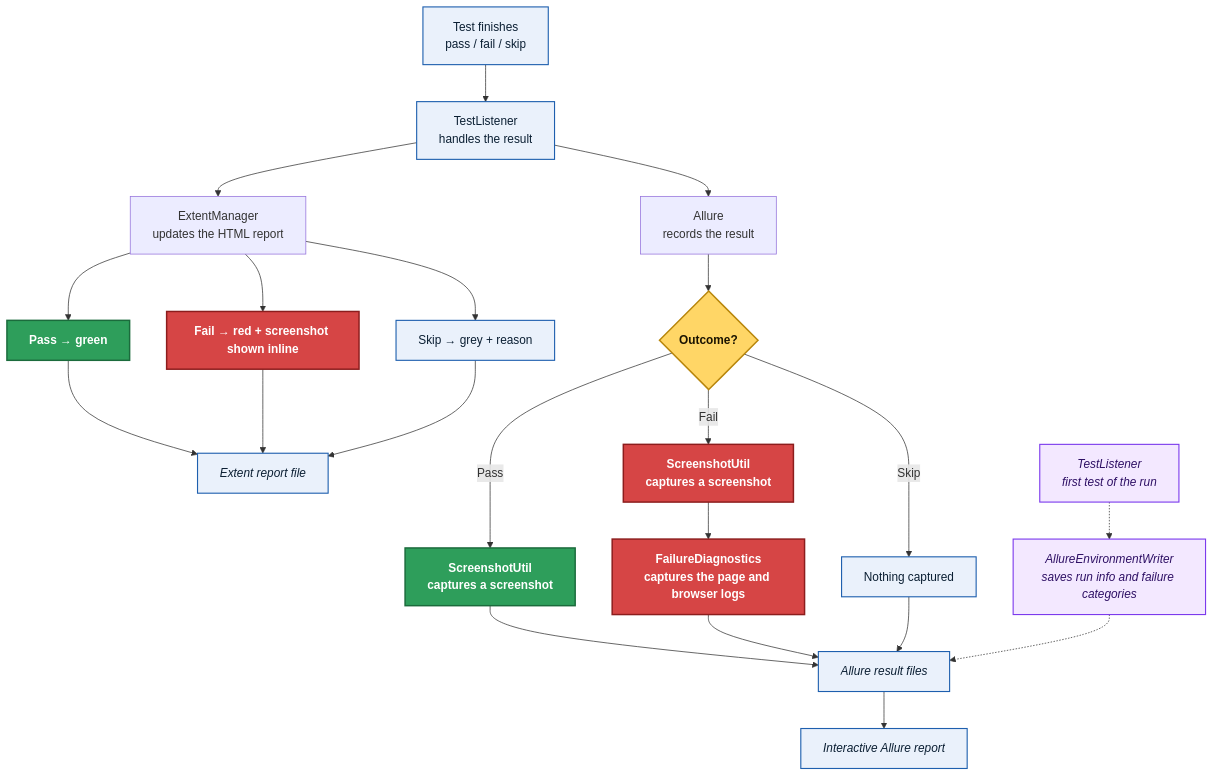
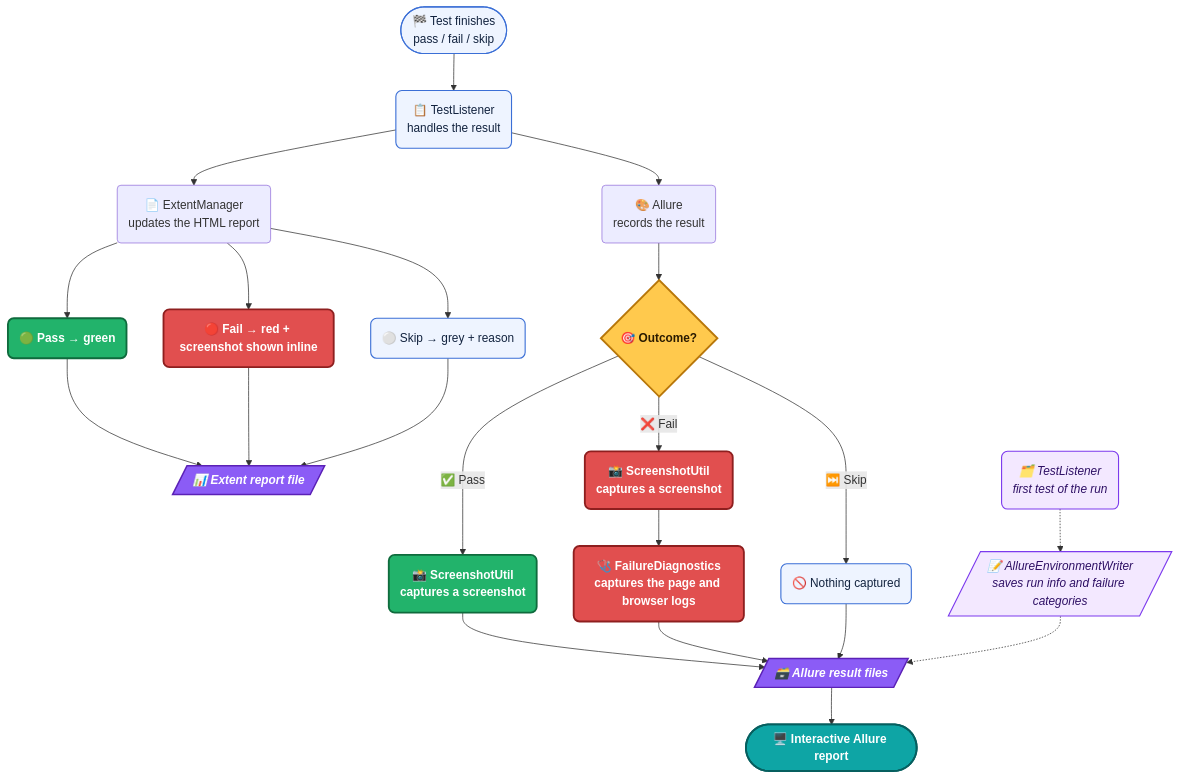
One commit to amitthakor2510-wq/selenium-automation-framework-Advanced changed the second of 2 diagrams in README.md. Above: the diagram before and after it, drawn with Mermaid. The commit also changed other lines of this file and 1 other file, not shown here.

Commit message:
Overhaul README (accurate structure, keyword/data-driven docs, enhanced flowcharts), add missing MIT LICENSE

````diff
--- a/README.md
+++ b/README.md
@@ -591,44 +705,46 @@
 ```mermaid
 flowchart TD
-    A["Test finishes<br/>pass / fail / skip"] --> B["TestListener<br/>handles the result"]
+    A(["🏁 Test finishes<br/>pass / fail / skip"]) --> B("📋 TestListener<br/>handles the result")
 
-    B --> C["ExtentManager<br/>updates the HTML report"]
-    B --> D["Allure<br/>records the result"]
+    B --> C("📄 ExtentManager<br/>updates the HTML report")
+    B --> D("🎨 Allure<br/>records the result")
 
-    C --> C1["Pass → green"]
-    C --> C2["Fail → red + screenshot shown inline"]
-    C --> C3["Skip → grey + reason"]
-    C1 --> EXT["Extent report file"]
+    C --> C1("🟢 Pass → green")
+    C --> C2("🔴 Fail → red + screenshot shown inline")
+    C --> C3("⚪ Skip → grey + reason")
+    C1 --> EXT[/"📊 Extent report file"/]
     C2 --> EXT
     C3 --> EXT
 
-    D --> D1{"Outcome?"}
-    D1 -- "Pass" --> P1["ScreenshotUtil<br/>captures a screenshot"]
-    D1 -- "Fail" --> F1["ScreenshotUtil<br/>captures a screenshot"]
-    F1 --> F2["FailureDiagnostics<br/>captures the page and browser logs"]
-    D1 -- "Skip" --> S1["Nothing captured"]
+    D --> D1{"🎯 Outcome?"}
+    D1 -- "✅ Pass" --> P1("📸 ScreenshotUtil<br/>captures a screenshot")
+    D1 -- "❌ Fail" --> F1("📸 ScreenshotUtil<br/>captures a screenshot")
+    F1 --> F2("🩺 FailureDiagnostics<br/>captures the page and browser logs")
+    D1 -- "⏭️ Skip" --> S1("🚫 Nothing captured")
 
-    P1 --> ALR["Allure result files"]
+    P1 --> ALR[/"🗃️ Allure result files"/]
     F2 --> ALR
     S1 --> ALR
 
-    ONCE["TestListener<br/>first test of the run"] -.-> ENV["AllureEnvironmentWriter<br/>saves run info and failure categories"]
+    ONCE("🗂️ TestListener<br/>first test of the run") -.-> ENV[/"📝 AllureEnvironmentWriter<br/>saves run info and failure categories"/]
     ENV -.-> ALR
 
-    ALR --> UI["Interactive Allure report"]
+    ALR --> UI(["🖥️ Interactive Allure report"])
 
-    classDef step fill:#EAF1FB,stroke:#1E5FAE,stroke-width:1.5px,color:#0B1F33
-    classDef decision fill:#FFD666,stroke:#B8860B,stroke-width:2px,color:#1A1300,font-weight:bold
-    classDef pass fill:#2E9E5B,stroke:#1B6B3C,stroke-width:2px,color:#FFFFFF,font-weight:bold
-    classDef fail fill:#D64545,stroke:#8C1D1D,stroke-width:2px,color:#FFFFFF,font-weight:bold
-    classDef report fill:#EAF1FB,stroke:#1E5FAE,stroke-width:1.5px,color:#0B1F33,font-style:italic
-    classDef once fill:#F3E8FF,stroke:#7C3AED,stroke-width:1.5px,color:#2E1065,font-style:italic
+    classDef step fill:#EEF4FF,stroke:#3B6FD6,stroke-width:1.5px,color:#12233F,rx:8,ry:8
+    classDef decision fill:#FFC94D,stroke:#B8770A,stroke-width:2.5px,color:#2B1B00,font-weight:bold
+    classDef pass fill:#22B36B,stroke:#0F6B3D,stroke-width:2.5px,color:#FFFFFF,font-weight:bold,rx:8,ry:8
+    classDef fail fill:#E14F4F,stroke:#8E1F1F,stroke-width:2.5px,color:#FFFFFF,font-weight:bold,rx:8,ry:8
+    classDef report fill:#8B5CF6,stroke:#5B21B6,stroke-width:2px,color:#FFFFFF,font-style:italic,font-weight:bold
+    classDef once fill:#F3E8FF,stroke:#7C3AED,stroke-width:1.5px,color:#2E1065,font-style:italic,rx:8,ry:8
+    classDef finish fill:#0EA5A5,stroke:#065F5F,stroke-width:2.5px,color:#FFFFFF,font-weight:bold,rx:20,ry:20
 
     class A,B step
     class D1 decision
     class C1,P1 pass
     class C2,F1,F2 fail
     class C3,S1 step
-    class EXT,ALR,UI report
+    class EXT,ALR report
     class ONCE,ENV once
+    class UI finish
 ```
````
